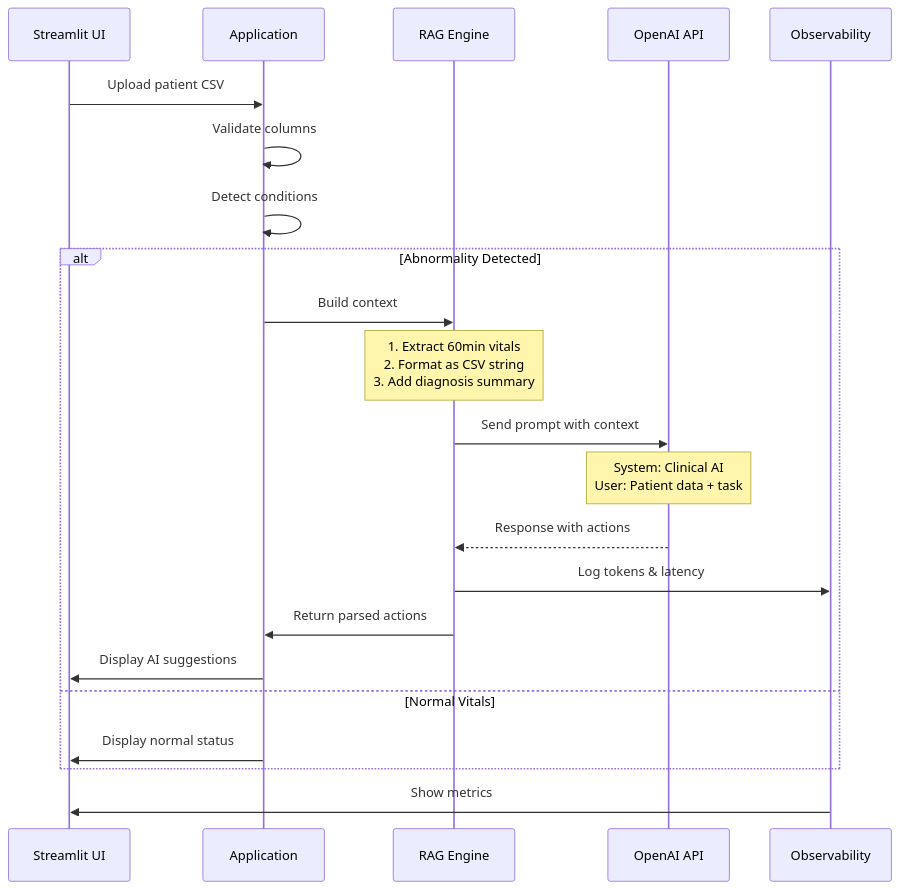
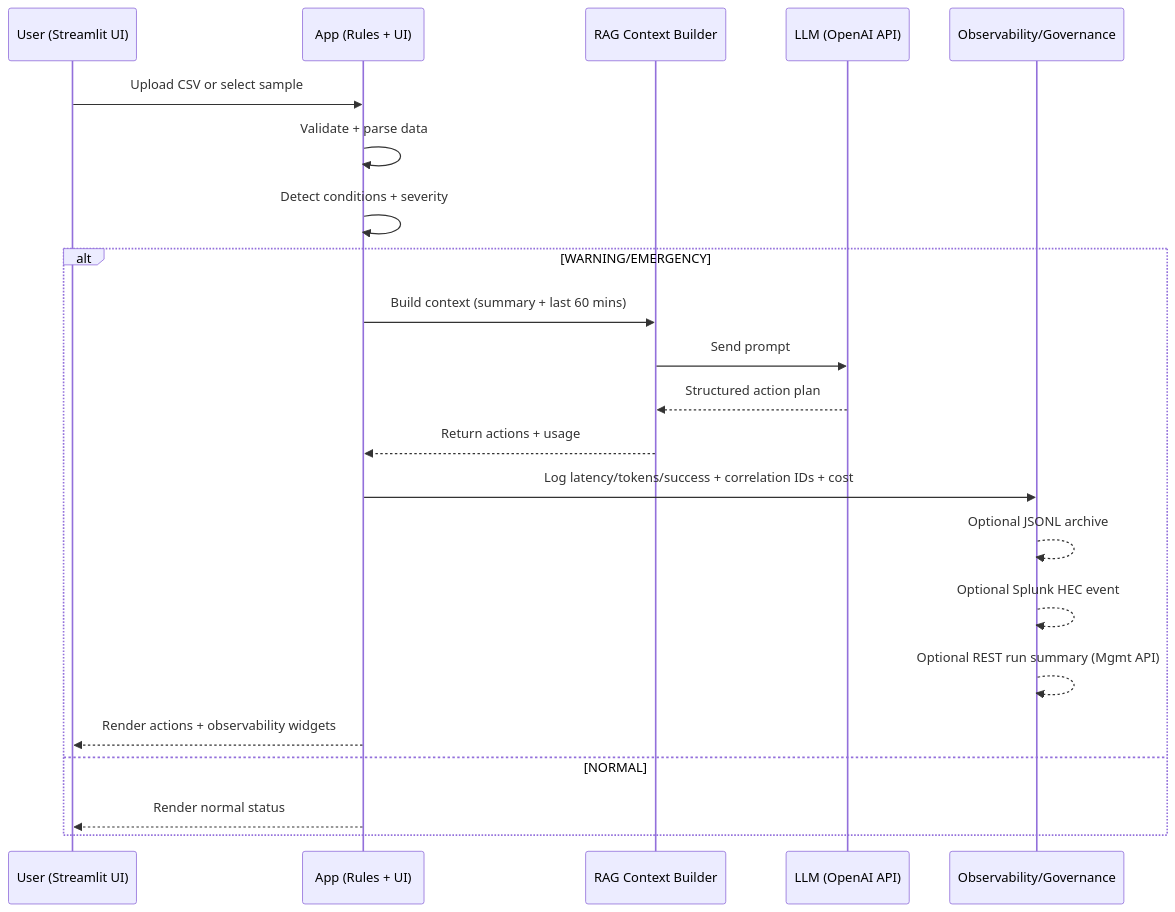
One commit to zaff3r-githubid/ai-based-patient-monitor-application changed the third of 5 diagrams in ARCHITECTURE_MERMAID.md. Above: the diagram before and after it, drawn with Mermaid. The commit also changed other lines of this file and 1 other file, not shown here.

````diff
--- a/ARCHITECTURE_MERMAID.md
+++ b/ARCHITECTURE_MERMAID.md
@@ -81,29 +70,26 @@
 ```mermaid
 sequenceDiagram
-    participant UI as Streamlit UI
-    participant APP as Application
-    participant RAG as RAG Engine
-    participant LLM as OpenAI API
-    participant OBS as Observability
-    
-    UI->>APP: Upload patient CSV
-    APP->>APP: Validate columns
-    APP->>APP: Detect conditions
-    
-    alt Abnormality Detected
-        APP->>RAG: Build context
-        Note over RAG: 1. Extract 60min vitals<br/>2. Format as CSV string<br/>3. Add diagnosis summary
-        
-        RAG->>LLM: Send prompt with context
-        Note over LLM: System: Clinical AI<br/>User: Patient data + task
-        
-        LLM-->>RAG: Response with actions
-        RAG->>OBS: Log tokens & latency
-        RAG->>APP: Return parsed actions
-        APP->>UI: Display AI suggestions
-    else Normal Vitals
-        APP->>UI: Display normal status
+    participant U as User (Streamlit UI)
+    participant A as App (Rules + UI)
+    participant R as RAG Context Builder
+    participant L as LLM (OpenAI API)
+    participant O as Observability/Governance
+
+    U->>A: Upload CSV or select sample
+    A->>A: Validate + parse data
+    A->>A: Detect conditions + severity
+
+    alt WARNING/EMERGENCY
+        A->>R: Build context (summary + last 60 mins)
+        R->>L: Send prompt
+        L-->>R: Structured action plan
+        R-->>A: Return actions + usage
+        A->>O: Log latency/tokens/success + correlation IDs + cost
+        O-->>O: Optional JSONL archive
+        O-->>O: Optional Splunk HEC event
+        O-->>O: Optional REST run summary (Mgmt API)
+        A-->>U: Render actions + observability widgets
+    else NORMAL
+        A-->>U: Render normal status
     end
-    
-    OBS->>UI: Show metrics
 ```
````
